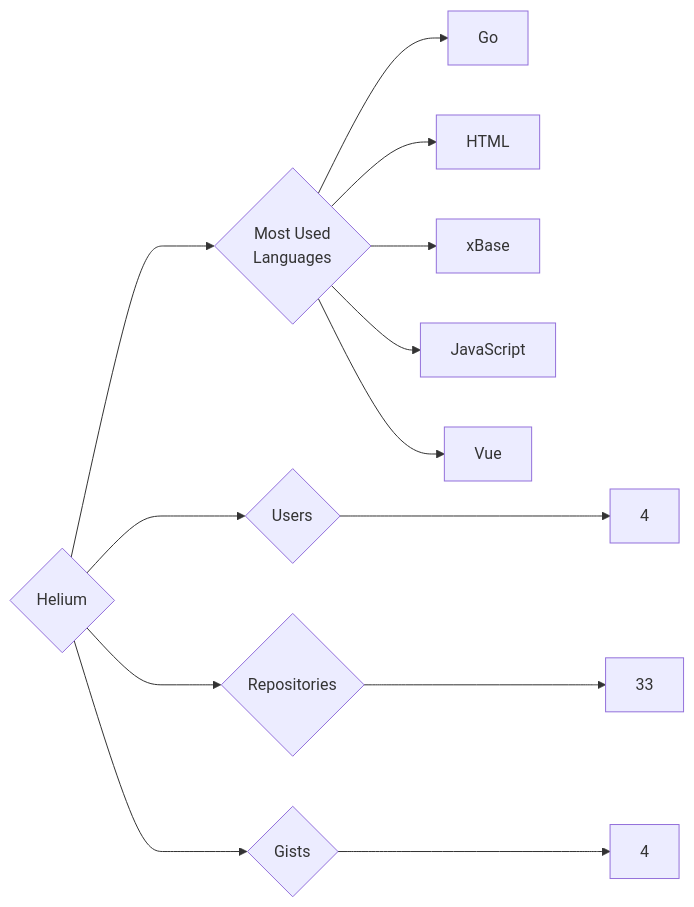
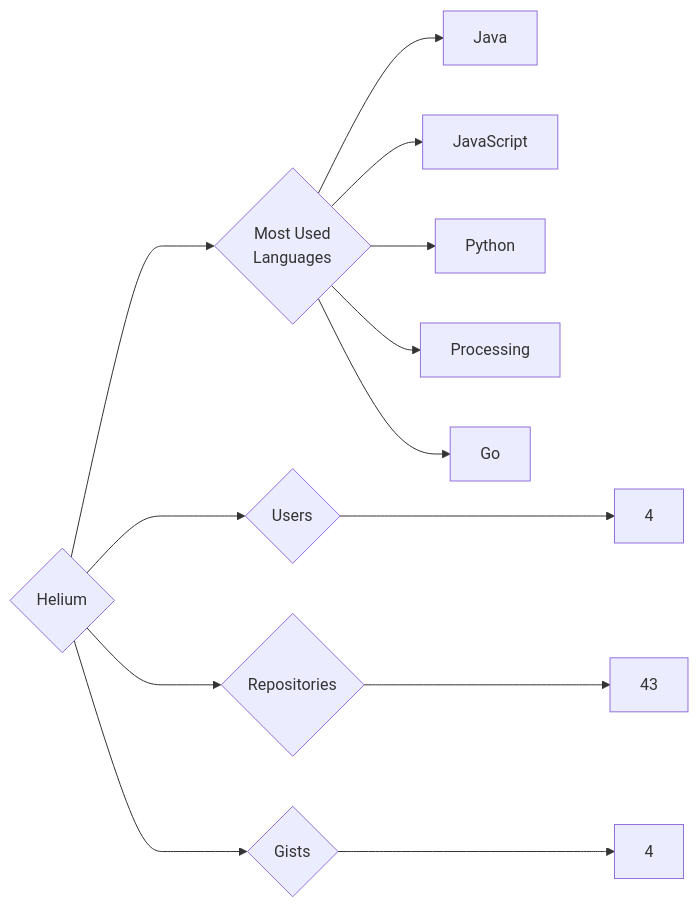
One commit to trickest/insiders changed the diagram in targets/Helium/README.md. Above: the diagram before and after it, drawn with Mermaid. The commit also changed 1023 other files, not shown here.

````diff
--- a/targets/Helium/README.md
+++ b/targets/Helium/README.md
@@ -3,13 +3,13 @@
 ```mermaid
 graph LR
 COMPANY_NAME{Helium}
 COMPANY_NAME ---> U{Users} ---> UN[4]
-COMPANY_NAME ---> R{Repositories} ---> RN[33]
+COMPANY_NAME ---> R{Repositories} ---> RN[43]
 COMPANY_NAME ---> G{Gists} ---> GN[4]
 COMPANY_NAME ---> ML{Most Used<br>Languages}
+ML --> Java[Java]
+ML --> JavaScript[JavaScript]
+ML --> Python[Python]
+ML --> Processing[Processing]
 ML --> Go[Go]
-ML --> HTML[HTML]
-ML --> xBase[xBase]
-ML --> JavaScript[JavaScript]
-ML --> Vue[Vue]
 ```
````
